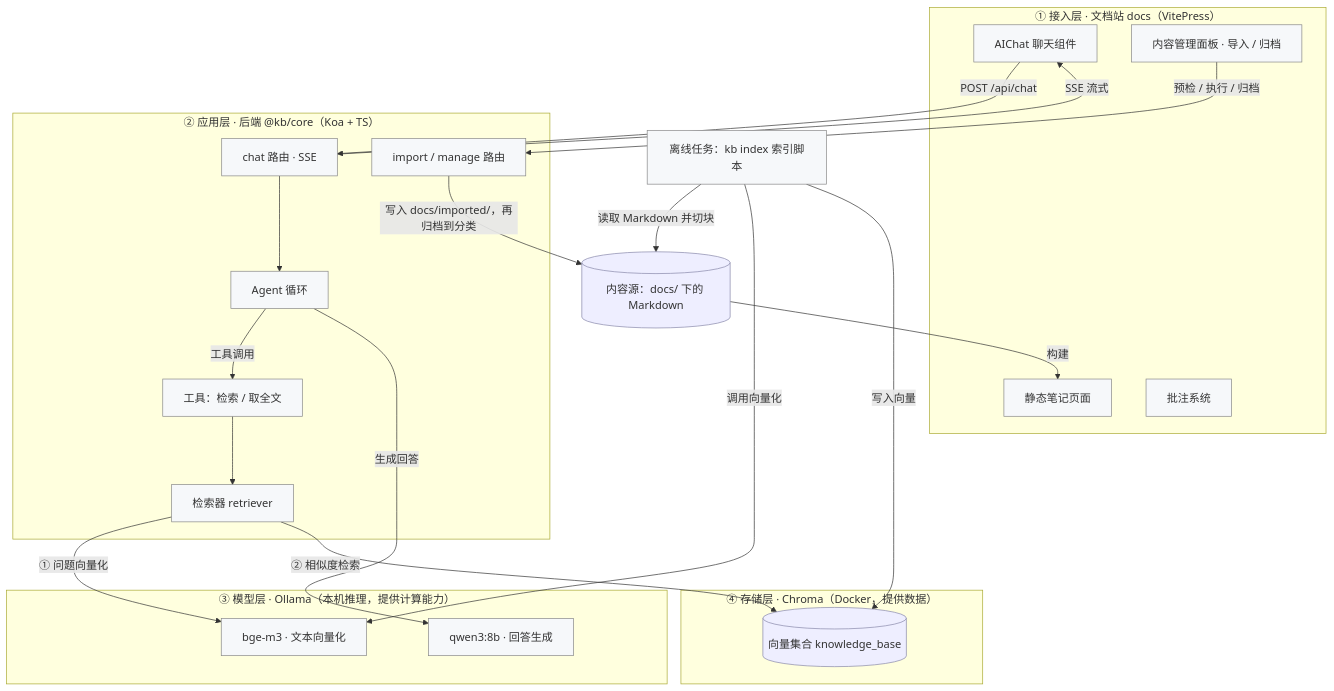
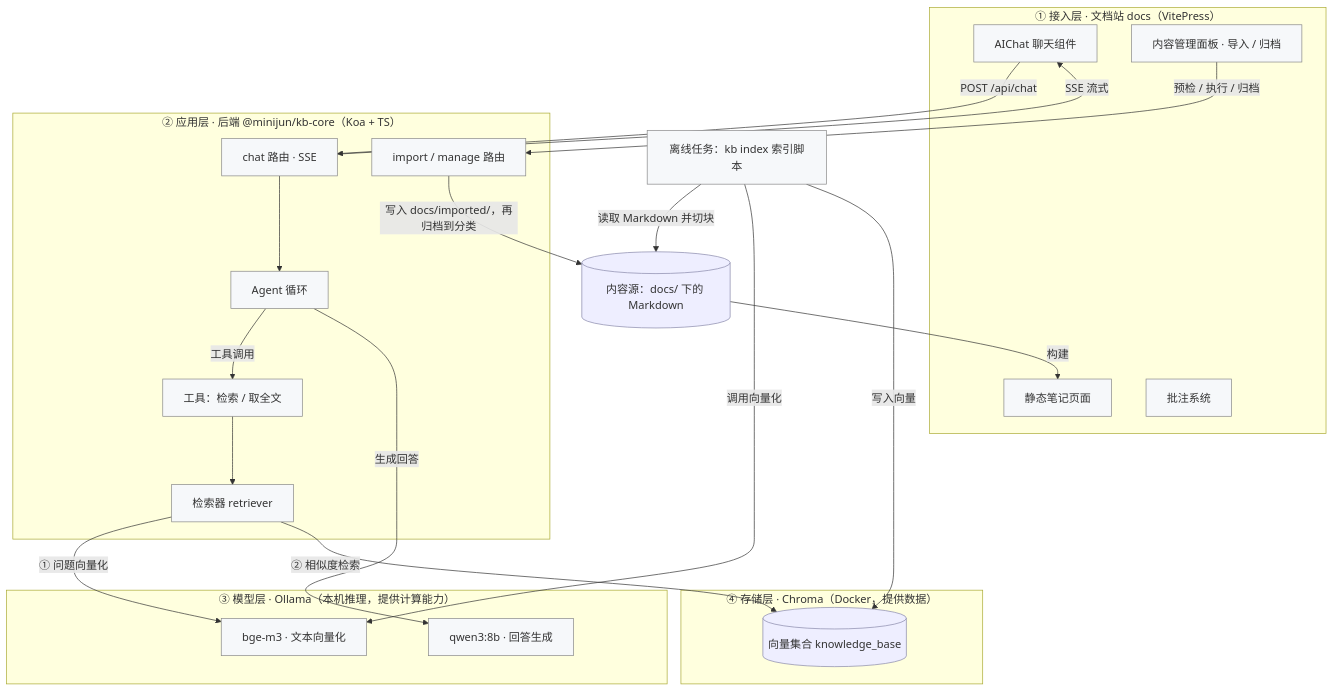
Before and after one commit to jun2333/knowledge: the first of 2 diagrams in docs/project-architecture/01-overview.md, drawn with Mermaid. The commit also changed other lines of this file and 12 other files, not shown here.

````diff
--- a/docs/project-architecture/01-overview.md
+++ b/docs/project-architecture/01-overview.md
@@ -26,48 +26,48 @@
 ```mermaid
 flowchart TB
   subgraph L1["① 接入层 · 文档站 docs（VitePress）"]
     S[静态笔记页面]:::box
     C[AIChat 聊天组件]:::box
     AN[批注系统]:::box
     MG[内容管理面板 · 导入 / 归档]:::box
   end
 
-  subgraph L2["② 应用层 · 后端 @kb/core（Koa + TS）"]
+  subgraph L2["② 应用层 · 后端 @minijun/kb-core（Koa + TS）"]
     R[chat 路由 · SSE]:::box
     L[Agent 循环]:::box
     T[工具：检索 / 取全文]:::box
     RT[检索器 retriever]:::box
     IM[import / manage 路由]:::box
   end
 
   subgraph L3["③ 模型层 · Ollama（本机推理，提供计算能力）"]
     OE[bge-m3 · 文本向量化]:::box
     OL[qwen3:8b · 回答生成]:::box
   end
 
   subgraph L4["④ 存储层 · Chroma（Docker，提供数据）"]
     CH[(向量集合 knowledge_base)]:::db
   end
 
   FS[(内容源：docs/ 下的 Markdown)]:::db
   IX["离线任务：kb index 索引脚本"]:::box
 
   C -->|POST /api/chat| R
   R --> L
   L -->|工具调用| T
   T --> RT
   RT -->|"① 问题向量化"| OE
   RT -->|"② 相似度检索"| CH
   L -->|生成回答| OL
   R -->|SSE 流式| C
 
   MG -->|"预检 / 执行 / 归档"| IM
   IM -->|"写入 docs/imported/，再归档到分类"| FS
   FS -->|"构建"| S
   IX -->|"读取 Markdown 并切块"| FS
   IX -->|"调用向量化"| OE
   IX -->|"写入向量"| CH
 
   classDef box fill:#f6f8fa,stroke:#888,stroke-width:1px;
   classDef db fill:#eef,stroke:#88a,stroke-width:1px;
 ```
````
